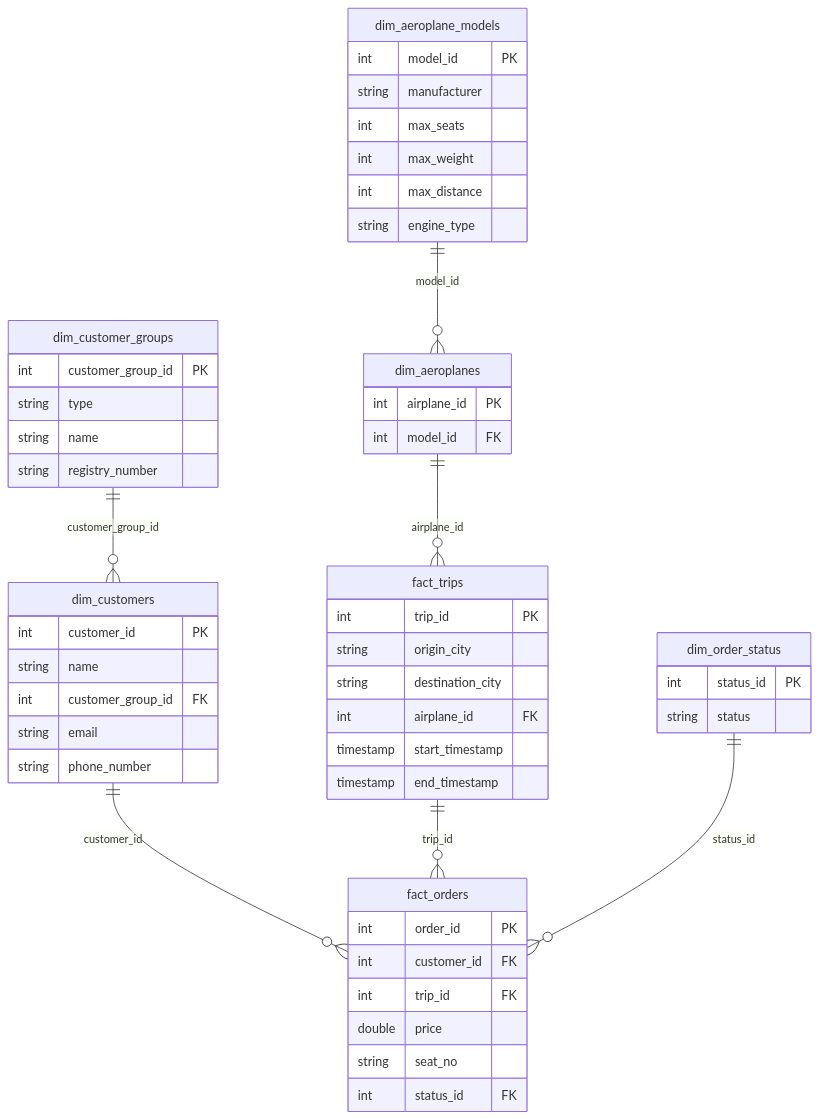
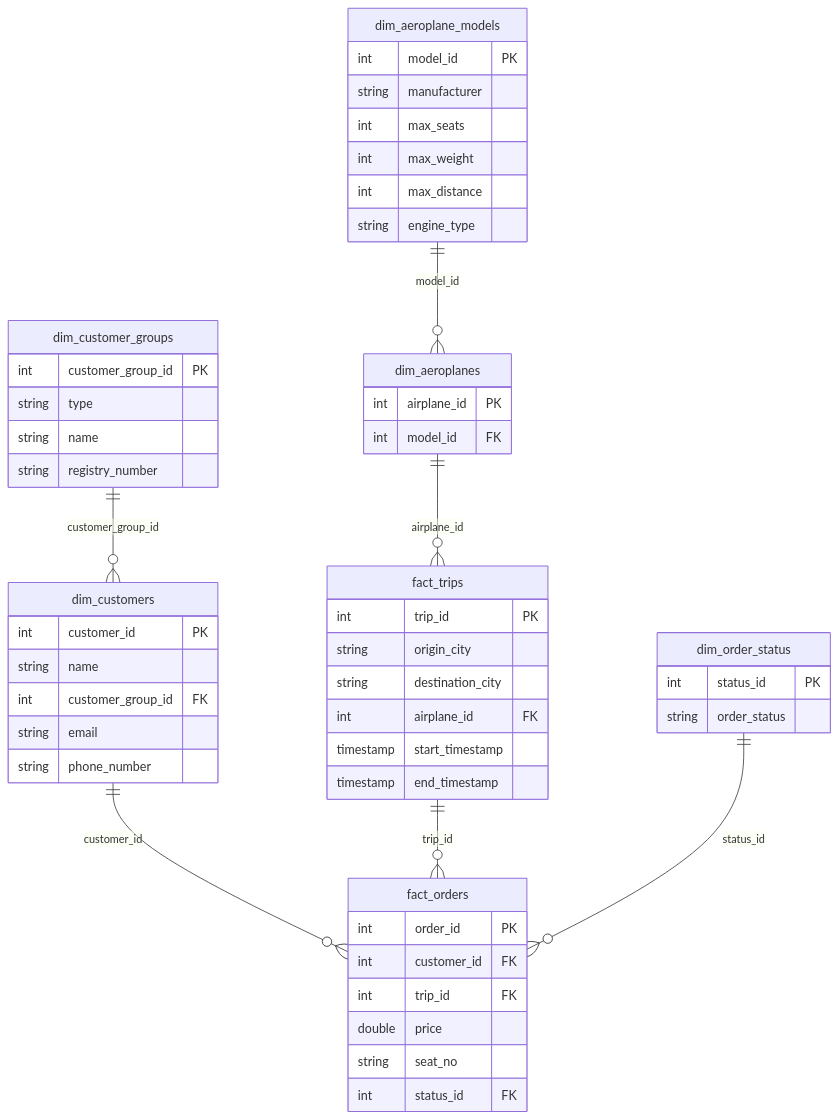
The diagram in README.MD (Victorede/Air_Boltic_Project), drawn with Mermaid before and after one commit. The commit also changed 4 other files, not shown here.

````diff
--- a/README.MD
+++ b/README.MD
@@ -10,67 +10,67 @@
 ```mermaid
 erDiagram
 
     %% Entities
 
     dim_customers {
         int customer_id PK
         string name
         int customer_group_id FK
         string email
         string phone_number
     }
     
     dim_customer_groups {
         int customer_group_id PK
         string type
         string name
         string registry_number
     }
 
     dim_aeroplanes {
         int airplane_id PK
         int model_id FK
     }
 
     dim_aeroplane_models {
         int model_id PK
         string manufacturer
         int max_seats
         int max_weight
         int max_distance
         string engine_type
     }
 
     fact_trips {
         int trip_id PK
         string origin_city
         string destination_city
         int airplane_id FK
         timestamp start_timestamp
         timestamp end_timestamp
     }
 
     fact_orders {
         int order_id PK
         int customer_id FK
         int trip_id FK
         double price
         string seat_no
         int status_id FK
     }
 
     dim_order_status {
         int status_id PK
-        string status
+        string order_status
     }
 
     %% Relationships
 
     dim_customer_groups ||--o{ dim_customers : customer_group_id
     dim_aeroplane_models ||--o{ dim_aeroplanes : model_id
     dim_aeroplanes ||--o{ fact_trips : airplane_id
     dim_customers ||--o{ fact_orders : customer_id
     fact_trips ||--o{ fact_orders : trip_id
     dim_order_status ||--o{ fact_orders : status_id
 
 ```
````
